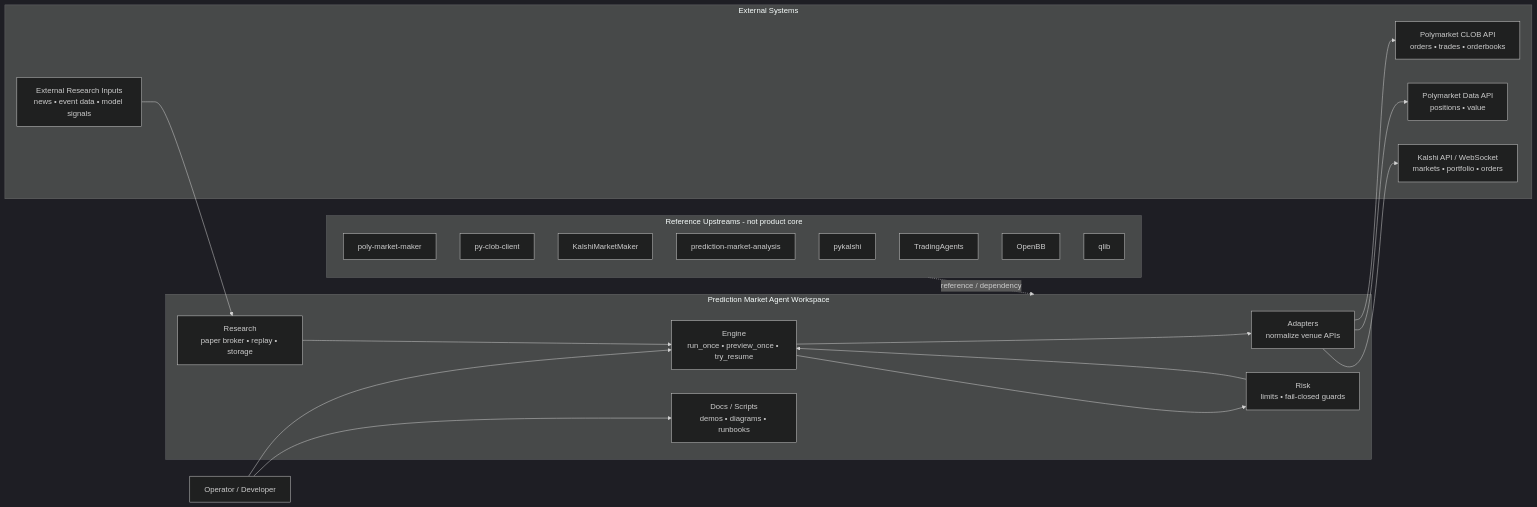
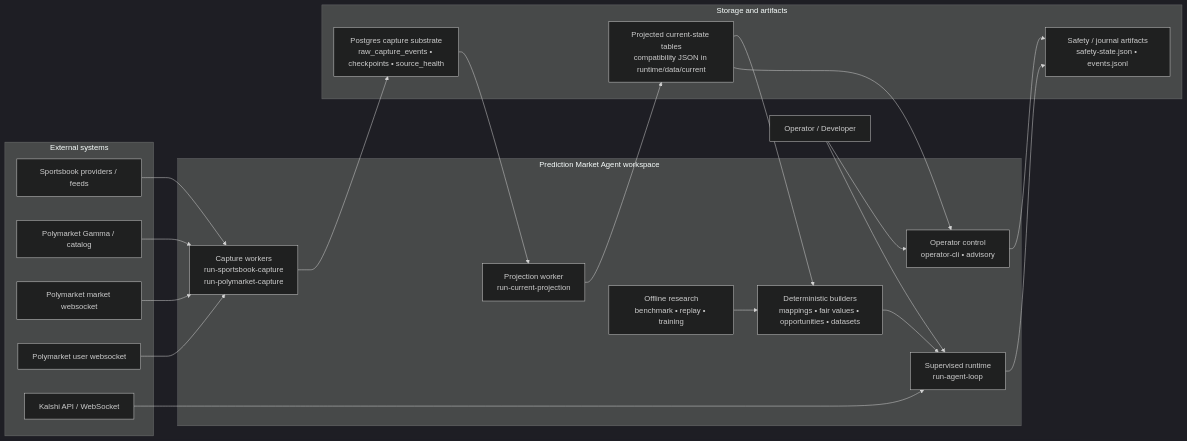
The diagram in docs/diagrams/01-system-context.md (harshitagarwal2/polymarket-prediction-agent), drawn with Mermaid (dark theme) before and after one commit. The commit also changed other lines of this file and 8 other files, not shown here.

First line of the commit message:
Refresh architecture diagrams

````diff
--- a/docs/diagrams/01-system-context.md
+++ b/docs/diagrams/01-system-context.md
@@ -5,42 +5,45 @@
 ```mermaid
 flowchart LR
     operator[Operator / Developer]
 
-    subgraph external[External Systems]
-        polyclob[Polymarket CLOB API\norders • trades • orderbooks]
-        polydata[Polymarket Data API\npositions • value]
-        kalshi[Kalshi API / WebSocket\nmarkets • portfolio • orders]
-        signals[External Research Inputs\nnews • event data • model signals]
+    subgraph external[External systems]
+        sportsbook[Sportsbook providers / feeds]
+        gamma[Polymarket Gamma / catalog]
+        marketws[Polymarket market websocket]
+        userws[Polymarket user websocket]
+        kalshi[Kalshi API / WebSocket]
     end
 
-    subgraph workspace[Prediction Market Agent Workspace]
-        adapters[Adapters\nnormalize venue APIs]
-        engine[Engine\nrun_once • preview_once • try_resume]
-        risk[Risk\nlimits • fail-closed guards]
-        research[Research\npaper broker • replay • storage]
-        docs[Docs / Scripts\ndemos • diagrams • runbooks]
+    subgraph workspace[Prediction Market Agent workspace]
+        capture[Capture workers\nrun-sportsbook-capture\nrun-polymarket-capture]
+        projection[Projection worker\nrun-current-projection]
+        builders[Deterministic builders\nmappings • fair values • opportunities • datasets]
+        runtime[Supervised runtime\nrun-agent-loop]
+        control[Operator control\noperator-cli • advisory]
+        research[Offline research\nbenchmark • replay • training]
     end
 
-    subgraph upstreams[Reference Upstreams - not product core]
-        up1[poly-market-maker]
-        up2[py-clob-client]
-        up3[KalshiMarketMaker]
-        up4[prediction-market-analysis]
-        up5[pykalshi]
-        up6[TradingAgents]
-        up7[OpenBB]
-        up8[qlib]
+    subgraph substrate[Storage and artifacts]
+        postgres[Postgres capture substrate\nraw_capture_events • checkpoints • source_health]
+        current[Projected current-state tables\ncompatibility JSON in runtime/data/current]
+        state[Safety / journal artifacts\nsafety-state.json • events.jsonl]
     end
 
-    operator --> docs
-    operator --> engine
-    signals --> research
-    research --> engine
-    engine --> risk
-    risk --> engine
-    engine --> adapters
-    adapters --> polyclob
-    adapters --> polydata
-    adapters --> kalshi
-    upstreams -. reference / dependency .-> workspace
+    sportsbook --> capture
+    gamma --> capture
+    marketws --> capture
+    userws --> capture
+    kalshi --> runtime
+
+    capture --> postgres
+    postgres --> projection
+    projection --> current
+    current --> builders
+    builders --> runtime
+    current --> control
+    runtime --> state
+    control --> state
+    research --> builders
+    operator --> control
+    operator --> runtime
 ```
````
